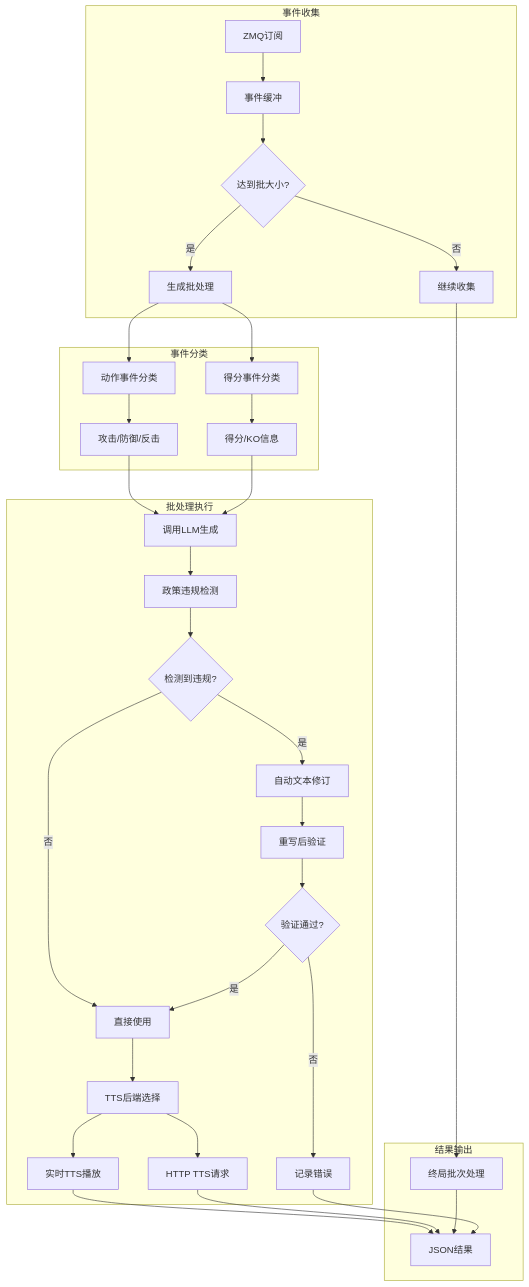
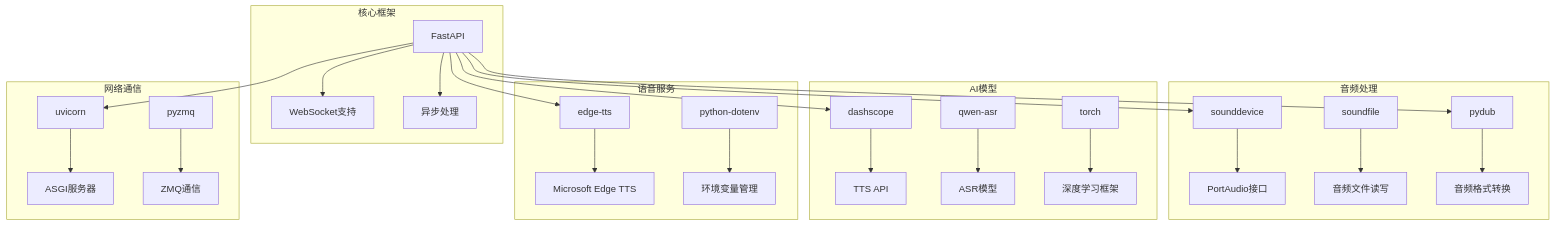
The seventh of 7 diagrams in .qoder/repowiki/zh/content/语音合成服务/实时TTS合成.md (1024dashen/Vue3Speech), drawn with Mermaid before and after one commit. The commit also changed other lines of this file and 3 other files, not shown here.

````diff
--- a/.qoder/repowiki/zh/content/语音合成服务/实时TTS合成.md
+++ b/.qoder/repowiki/zh/content/语音合成服务/实时TTS合成.md
@@ -1014,37 +329,30 @@
 ```mermaid
-flowchart TD
-subgraph "事件收集"
-A[ZMQ订阅] --> B[事件缓冲]
-B --> C{达到批大小?}
-C --> |是| D[生成批处理]
-C --> |否| E[继续收集]
+graph TB
+subgraph "核心框架"
+A[FastAPI] --> B[WebSocket支持]
+A --> C[异步处理]
 end
-subgraph "事件分类"
-D --> F[动作事件分类]
-D --> G[得分事件分类]
-F --> F1[攻击/防御/反击]
-G --> G1[得分/KO信息]
+subgraph "音频处理"
+D[sounddevice] --> E[PortAudio接口]
+F[soundfile] --> G[音频文件读写]
+H[pydub] --> I[音频格式转换]
 end
-subgraph "批处理执行"
-F1 --> H[调用LLM生成]
-G1 --> H
-H --> I[政策违规检测]
-I --> J{检测到违规?}
-J --> |是| K[自动文本修订]
-J --> |否| L[直接使用]
-K --> M[重写后验证]
-M --> N{验证通过?}
-N --> |是| L
-N --> |否| O[记录错误]
-L --> P[TTS后端选择]
-P --> Q[实时TTS播放]
-P --> R[HTTP TTS请求]
+subgraph "AI模型"
+J[dashscope] --> K[TTS API]
+L[qwen-asr] --> M[ASR模型]
+N[torch] --> O[深度学习框架]
 end
-subgraph "结果输出"
-Q --> S[JSON结果]
-R --> S
-E --> T[终局批次处理]
-T --> S
-O --> S
+subgraph "语音服务"
+P[edge-tts] --> Q[Microsoft Edge TTS]
+R[python-dotenv] --> S[环境变量管理]
 end
+subgraph "网络通信"
+T[uvicorn] --> U[ASGI服务器]
+V[pyzmq] --> W[ZMQ通信]
+end
+A --> D
+A --> H
+A --> J
+A --> P
+A --> T
 ```
````
